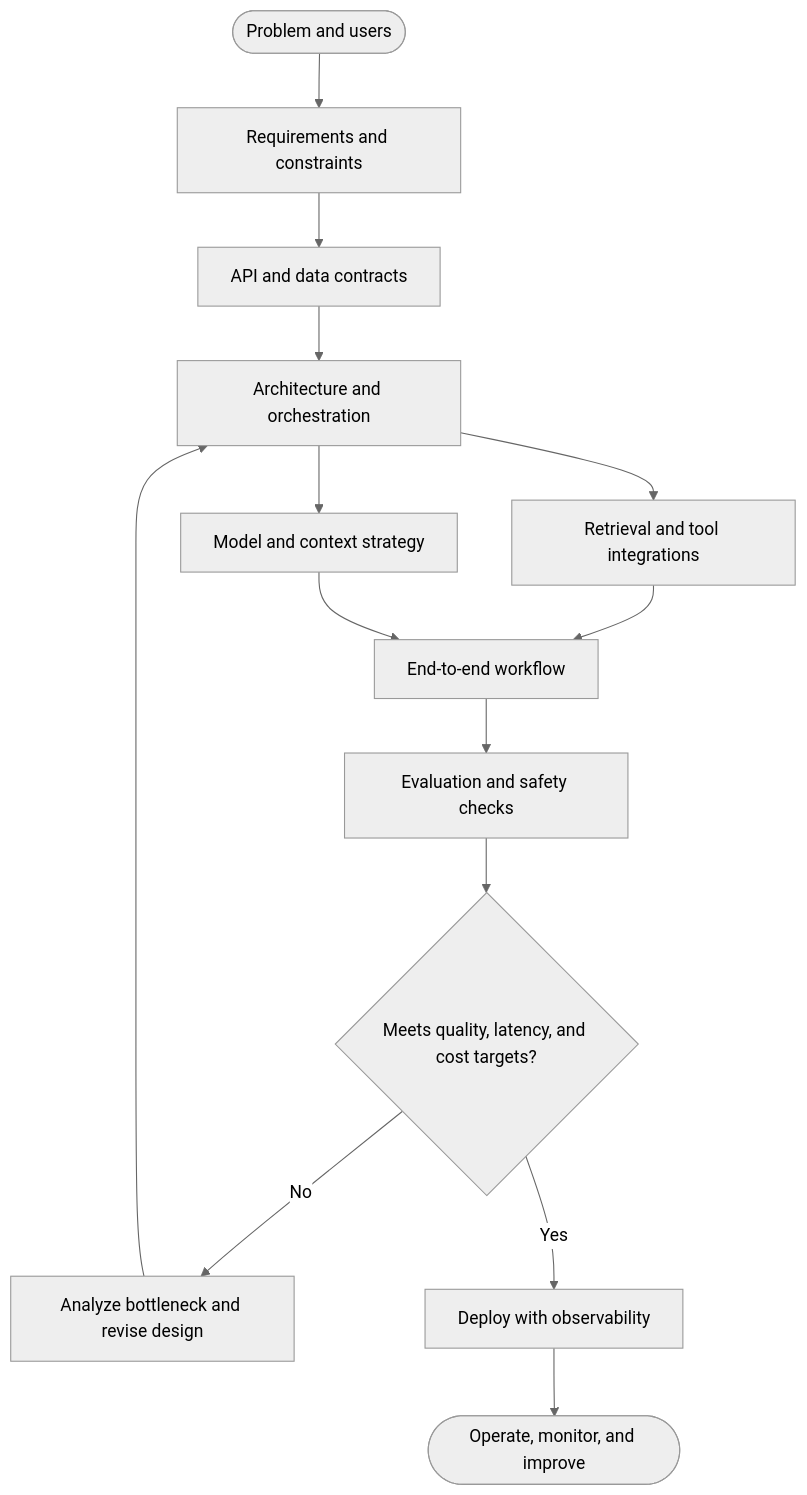
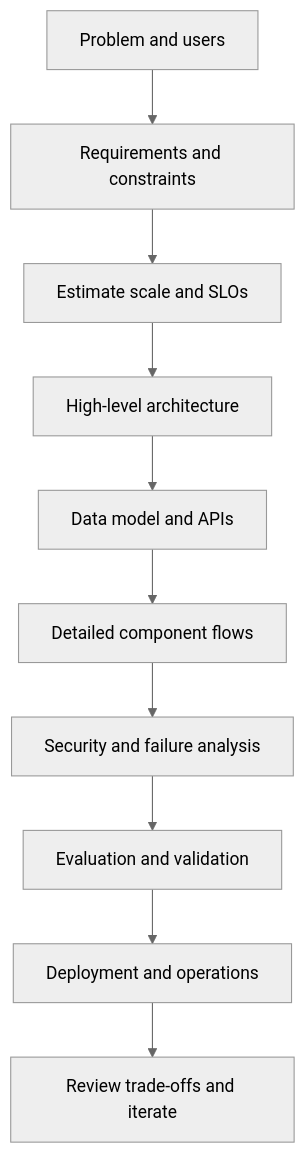
Before and after one commit to codergirl73/agentic-ai-system-design: the first of 3 diagrams in MODULE_9_END_TO_END_SYSTEM_DESIGN.md, drawn with Mermaid (neutral theme). The commit also changed other lines of this file, not shown here.

Commit message:
Develop detailed Module 9 learning guide

````diff
--- a/MODULE_9_END_TO_END_SYSTEM_DESIGN.md
+++ b/MODULE_9_END_TO_END_SYSTEM_DESIGN.md
@@ -9,16 +14,12 @@
-```mermaid
+~~~mermaid
 flowchart TD
-    A([Problem and users]) --> B[Requirements and constraints]
-    B --> C[API and data contracts]
-    C --> D[Architecture and orchestration]
-    D --> E[Retrieval and tool integrations]
-    D --> F[Model and context strategy]
-    E --> G[End-to-end workflow]
-    F --> G
-    G --> H[Evaluation and safety checks]
-    H --> I{Meets quality, latency, and cost targets?}
-    I -->|No| J[Analyze bottleneck and revise design]
-    J --> D
-    I -->|Yes| K[Deploy with observability]
-    K --> L([Operate, monitor, and improve])
-```
+    P["Problem and users"] --> R["Requirements and constraints"]
+    R --> E["Estimate scale and SLOs"]
+    E --> A["High-level architecture"]
+    A --> D["Data model and APIs"]
+    D --> F["Detailed component flows"]
+    F --> S["Security and failure analysis"]
+    S --> V["Evaluation and validation"]
+    V --> O["Deployment and operations"]
+    O --> C["Review trade-offs and iterate"]
+~~~
````
